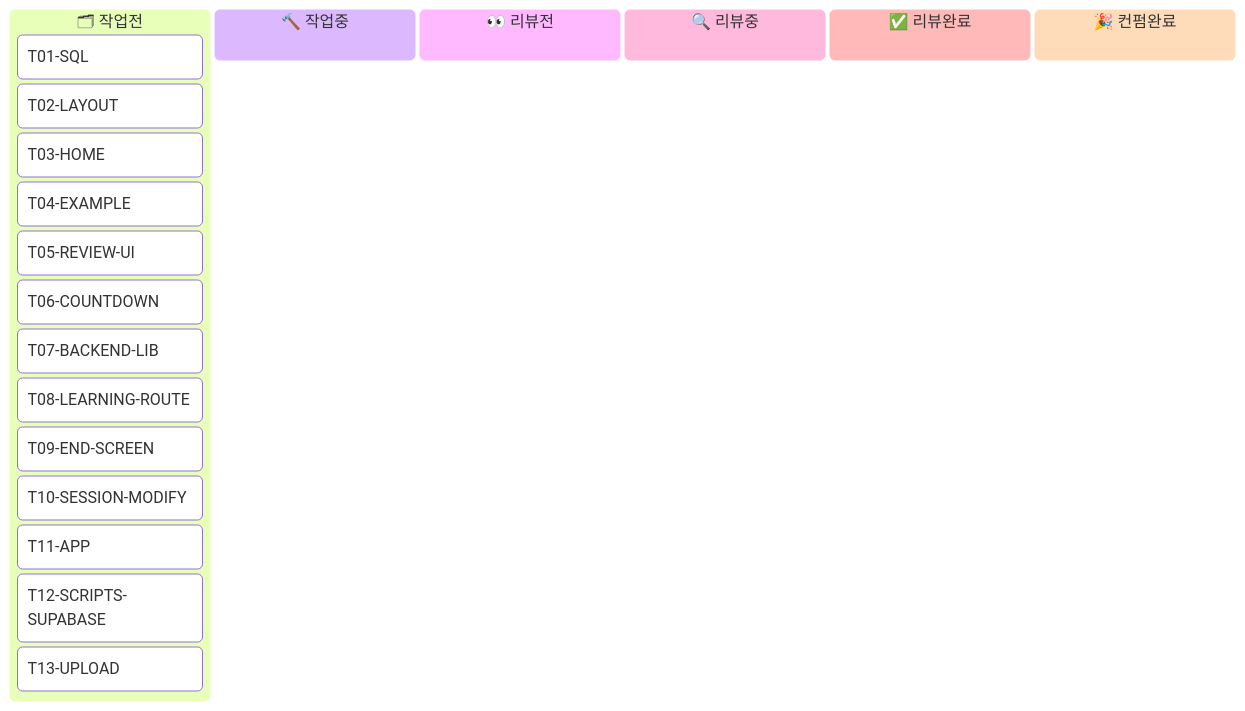
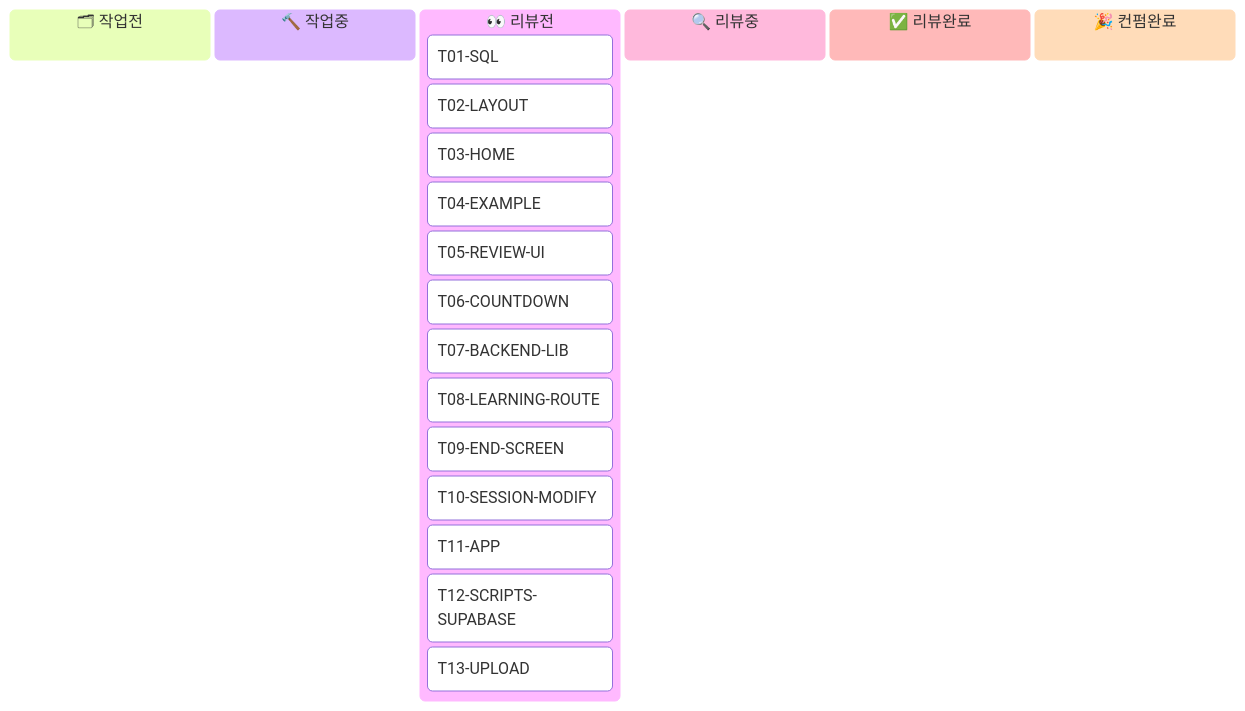
Before and after one commit to guboc11/EnglishStudyMate: the diagram in TASK_PLAN.md, drawn with Mermaid. The commit also changed other lines of this file and 151 other files, not shown here.

````diff
--- a/TASK_PLAN.md
+++ b/TASK_PLAN.md
@@ -13,27 +13,27 @@
 ```mermaid
 ---
 config:
   kanban:
     ticketBaseUrl: ''
 ---
 kanban
   작업전[🗂 작업전]
+  작업중[🔨 작업중]
+  리뷰전[👀 리뷰전]
     T01[T01-SQL]
     T02[T02-LAYOUT]
     T03[T03-HOME]
     T04[T04-EXAMPLE]
     T05[T05-REVIEW-UI]
     T06[T06-COUNTDOWN]
     T07[T07-BACKEND-LIB]
     T08[T08-LEARNING-ROUTE]
     T09[T09-END-SCREEN]
     T10[T10-SESSION-MODIFY]
     T11[T11-APP]
     T12[T12-SCRIPTS-SUPABASE]
     T13[T13-UPLOAD]
-  작업중[🔨 작업중]
-  리뷰전[👀 리뷰전]
   리뷰중[🔍 리뷰중]
   리뷰완료[✅ 리뷰완료]
   컨펌완료[🎉 컨펌완료]
 ```
````
